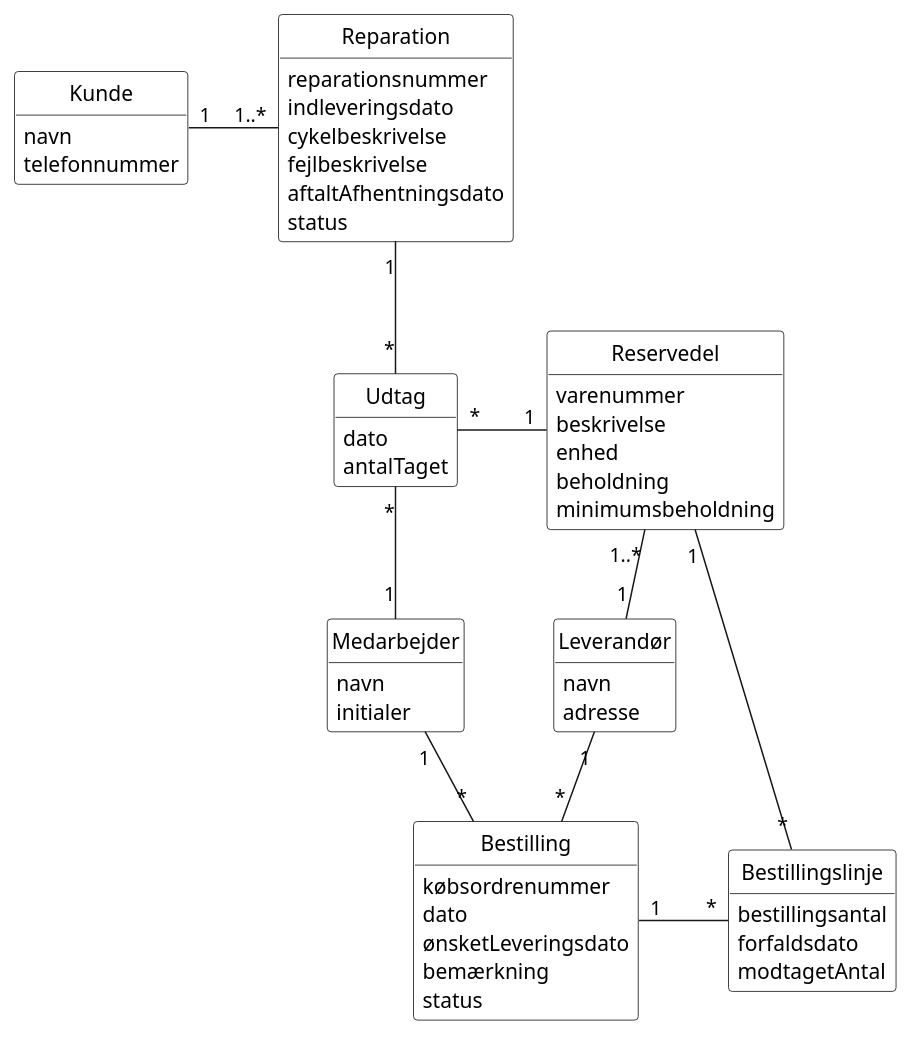
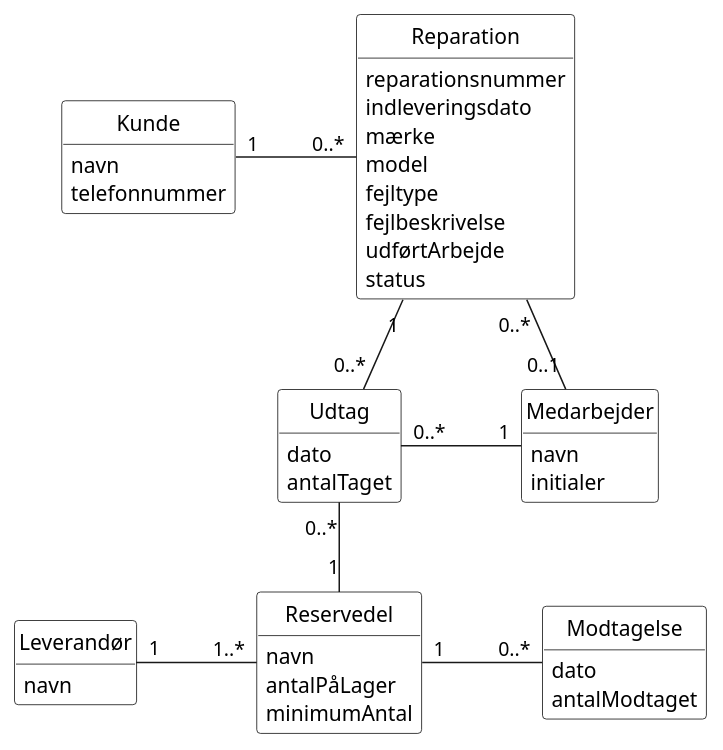
The diagram in 2. Domænemodel/domænemodel.puml (Zoabz/Getting-Real), drawn with PlantUML before and after one commit. The commit also changed 14 other files, not shown here.

```diff
--- a/2. Domænemodel/domænemodel.puml
+++ b/2. Domænemodel/domænemodel.puml
@@ -1,74 +1,64 @@
 @startuml
+' Samme model som domænemodel.png / domænemodel.drawio
 skinparam monochrome true
 skinparam shadowing false
-skinparam nodesep 60
+skinparam nodesep 80
+skinparam ranksep 60
 skinparam backgroundColor white
 skinparam classAttributeIconSize 0
 skinparam class {
   BackgroundColor white
   BorderColor black
 }
 hide circle
 hide methods
 
 class Kunde {
   navn
   telefonnummer
 }
 
 class Reparation {
   reparationsnummer
   indleveringsdato
-  cykelbeskrivelse
+  mærke
+  model
+  fejltype
   fejlbeskrivelse
-  aftaltAfhentningsdato
+  udførtArbejde
   status
+}
+
+class Medarbejder {
+  navn
+  initialer
 }
 
 class Udtag {
   dato
   antalTaget
 }
 
-class Medarbejder {
+class Reservedel {
   navn
-  initialer
-}
-
-class Reservedel {
-  varenummer
-  beskrivelse
-  enhed
-  beholdning
-  minimumsbeholdning
+  antalPåLager
+  minimumAntal
 }
 
 class Leverandør {
   navn
-  adresse
 }
 
-class Bestilling {
-  købsordrenummer
+class Modtagelse {
   dato
-  ønsketLeveringsdato
-  bemærkning
-  status
+  antalModtaget
 }
 
-class Bestillingslinje {
-  bestillingsantal
-  forfaldsdato
-  modtagetAntal
-}
-
-Kunde "1" -right-- "1..*" Reparation
-Reparation "1" -down- "*" Udtag
-Udtag "*" -right-- "1" Reservedel
-Udtag "*" -down- "1" Medarbejder
-Reservedel "1..*" -down- "1" Leverandør
-Reservedel "1" -down- "*" Bestillingslinje
-Leverandør "1" -down- "*" Bestilling
-Medarbejder "1" -right- "*" Bestilling
-Bestilling "1" -right-- "*" Bestillingslinje
+Kunde "1" -right- "0..*" Reparation
+Reparation "0..*" -right- "0..1" Medarbejder
+Reparation "1" -down- "0..*" Udtag
+Udtag "0..*" -right- "1" Medarbejder
+Udtag "0..*" -down- "1" Reservedel
+Leverandør "1" -right- "1..*" Reservedel
+Reservedel "1" -right- "0..*" Modtagelse
 @enduml
```
